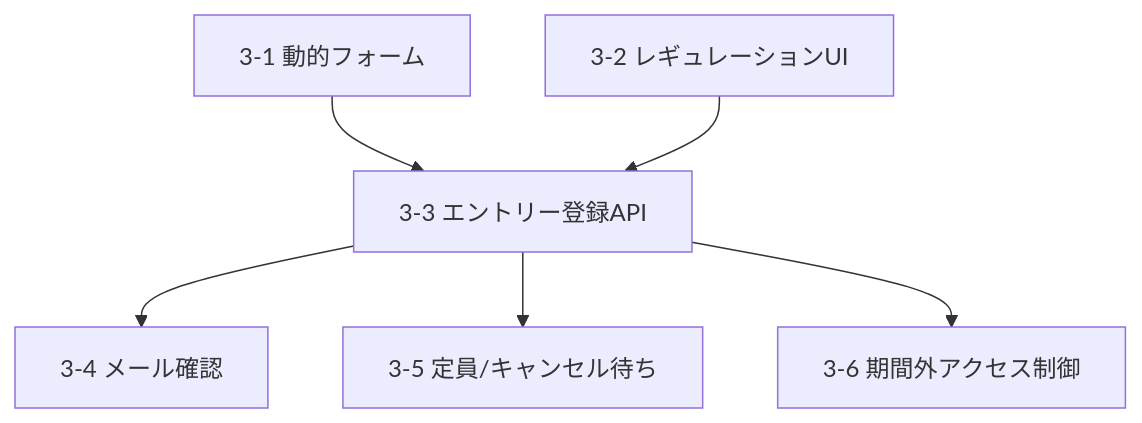
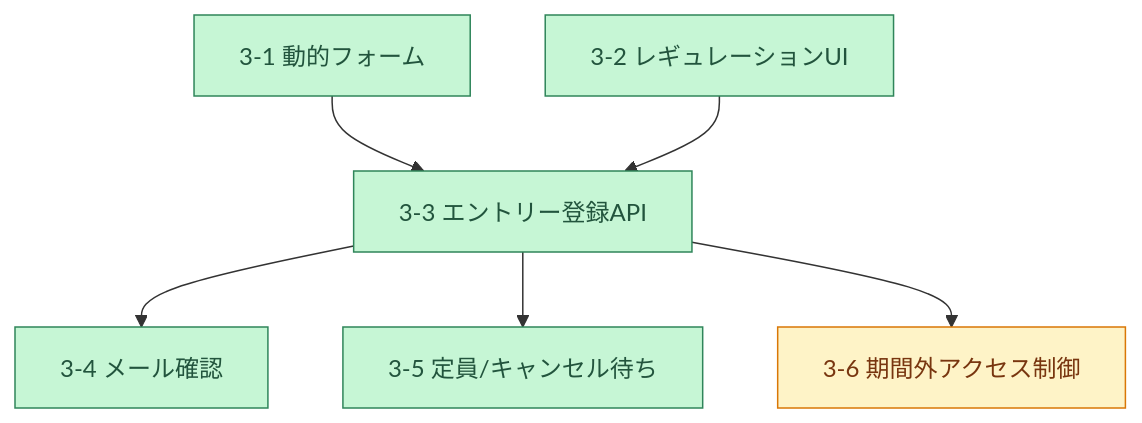
One commit to m-uesaka/regional-quiz-entry-form changed the fifth of 7 diagrams in tasks.md. Above: the diagram before and after it, drawn with Mermaid. The commit also changed other lines of this file and 9 other files, not shown here.

````diff
--- a/tasks.md
+++ b/tasks.md
@@ -128,8 +129,11 @@
 ```mermaid
 graph TD
-  T31["3-1 動的フォーム"] --> T33["3-3 エントリー登録API"]
-  T32["3-2 レギュレーションUI"] --> T33
-  T33 --> T34["3-4 メール確認"]
-  T33 --> T35["3-5 定員/キャンセル待ち"]
-  T33 --> T36["3-6 期間外アクセス制御"]
+  T31["3-1 動的フォーム"]:::done --> T33["3-3 エントリー登録API"]:::done
+  T32["3-2 レギュレーションUI"]:::done --> T33
+  T33 --> T34["3-4 メール確認"]:::done
+  T33 --> T35["3-5 定員/キャンセル待ち"]:::done
+  T33 --> T36["3-6 期間外アクセス制御"]:::next
+
+  classDef done fill:#c6f6d5,stroke:#2f855a,color:#22543d;
+  classDef next fill:#fef3c7,stroke:#d97706,color:#78350f;
 ```
````
